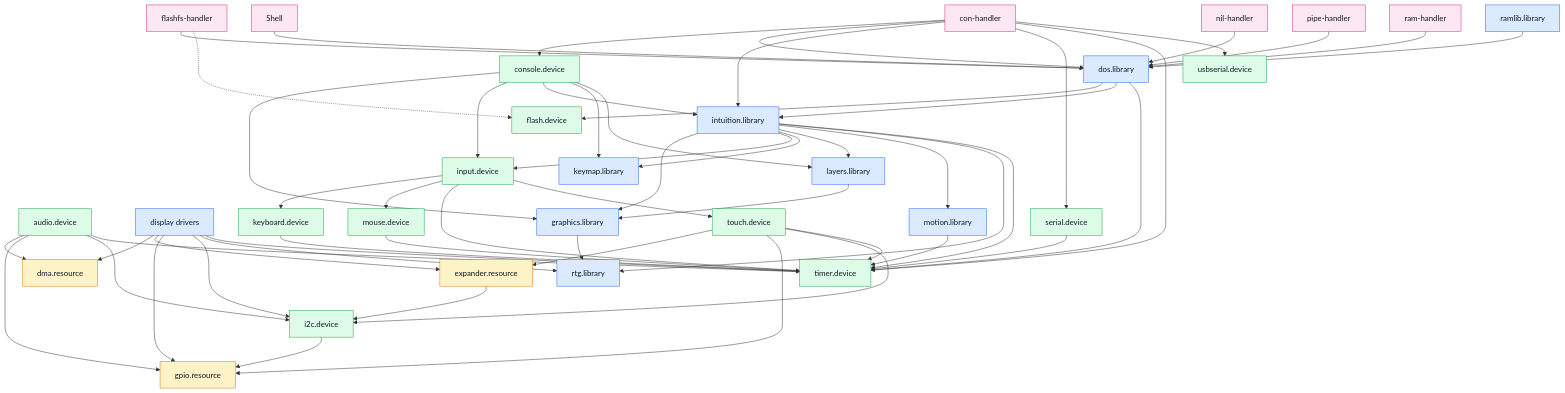
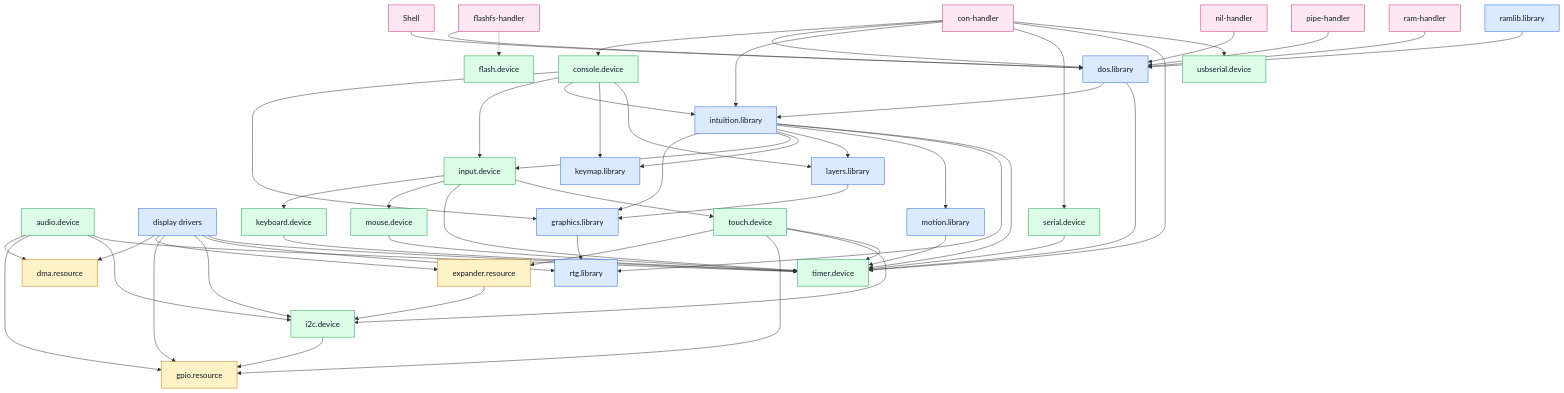
The first of 3 diagrams in sdk/docs/modules.md (cycl0ne/poweros_esp32), drawn with Mermaid before and after one commit. The commit also changed other lines of this file and 26 other files, not shown here.

First line of the commit message:
expansion.library 1.1: the disks' partitions handed to dos, as a driver mounts them

```diff
--- a/sdk/docs/modules.md
+++ b/sdk/docs/modules.md
@@ -81,7 +81,6 @@
     m_display_drivers --> m_i2c_device
     m_display_drivers --> m_rtg_library
     m_display_drivers --> m_timer_device
-    m_dos_library --> m_flash_device
     m_dos_library --> m_intuition_library
     m_dos_library --> m_timer_device
     m_expander_resource --> m_i2c_device
```
